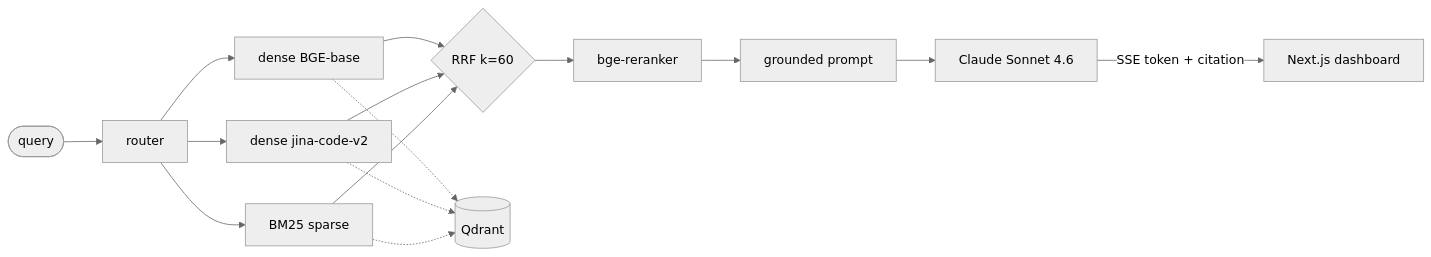
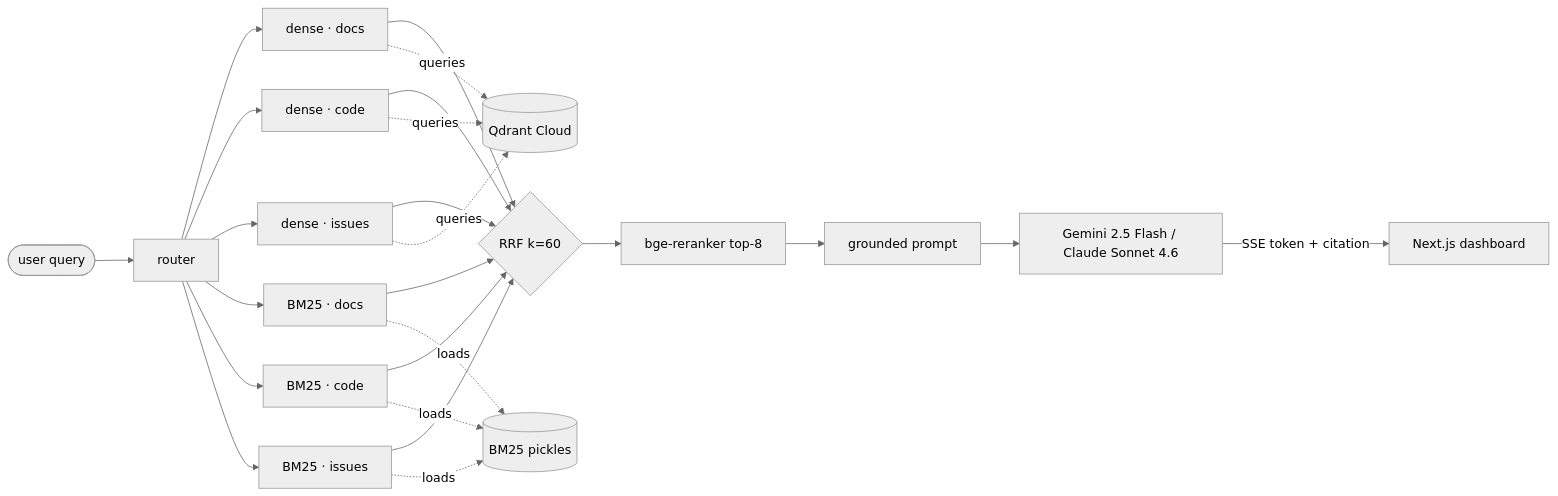
Before and after one commit to akshttdev/Torch: the diagram in README.md, drawn with Mermaid (neutral theme). The commit also changed other lines of this file, not shown here.

````diff
--- a/README.md
+++ b/README.md
@@ -50,17 +32,30 @@
 ```mermaid
-graph LR
-  Q([query]) --> R[router]
-  R --> D[dense BGE-base]
-  R --> C[dense jina-code-v2]
-  R --> B[BM25 sparse]
-  D --> F{RRF k=60}
-  C --> F
-  B --> F
-  F --> X[bge-reranker]
+flowchart LR
+  Q([user query]) --> R[router]
+
+  R --> DD[dense · docs]
+  R --> DC[dense · code]
+  R --> DI[dense · issues]
+  R --> BD[BM25 · docs]
+  R --> BC[BM25 · code]
+  R --> BI[BM25 · issues]
+
+  DD --> F{RRF k=60}
+  DC --> F
+  DI --> F
+  BD --> F
+  BC --> F
+  BI --> F
+
+  F --> X[bge-reranker top-8]
   X --> P[grounded prompt]
-  P --> L[Claude Sonnet 4.6]
+  P --> L[Gemini 2.5 Flash / Claude Sonnet 4.6]
   L -->|SSE token + citation| UI[Next.js dashboard]
-  D -.-> QD[(Qdrant)]
-  C -.-> QD
-  B -.-> QD
+
+  DD -.queries.-> QD[(Qdrant Cloud)]
+  DC -.queries.-> QD
+  DI -.queries.-> QD
+  BD -.loads.-> PKL[(BM25 pickles)]
+  BC -.loads.-> PKL
+  BI -.loads.-> PKL
 ```
````
